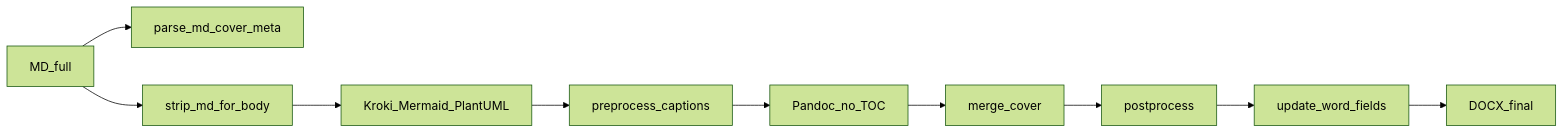
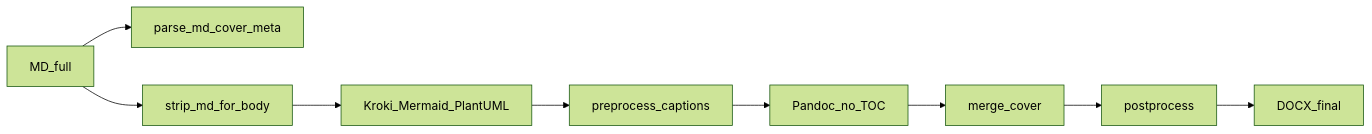
Before and after one commit to Agengkurnia/FSD-Generator-Engine: the second of 2 diagrams in docs/STANDARD-FSD-GENERATION.md, drawn with Mermaid (forest theme). The commit also changed other lines of this file and 11 other files, not shown here.

````diff
--- a/docs/STANDARD-FSD-GENERATION.md
+++ b/docs/STANDARD-FSD-GENERATION.md
@@ -415,12 +411,11 @@
 ```mermaid
 flowchart LR
     A[MD_full] --> B[parse_md_cover_meta]
     A --> C[strip_md_for_body]
     C --> D[Kroki_Mermaid_PlantUML]
     D --> E[preprocess_captions]
     E --> F[Pandoc_no_TOC]
     F --> G[merge_cover]
     G --> H[postprocess]
-    H --> I[update_word_fields]
-    I --> J[DOCX_final]
+    H --> I[DOCX_final]
 ```
````
